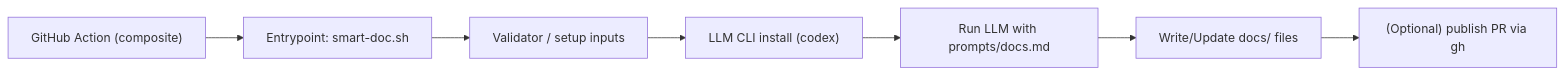
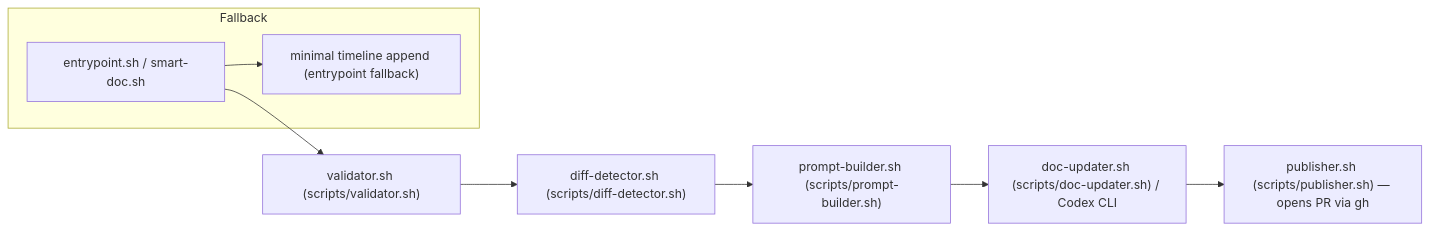
Before and after one commit to galiprandi/smart-doc: the diagram in docs/architecture.md, drawn with Mermaid. The commit also changed other lines of this file and 5 other files, not shown here.

Commit message:
docs: reorganize documentation structure and update pipeline diagrams

````diff
--- a/docs/architecture.md
+++ b/docs/architecture.md
@@ -10,9 +9,11 @@
 ```mermaid
 flowchart LR
-  A["GitHub Action (composite)"] --> B["Entrypoint: smart-doc.sh"]
-  B --> C["Validator / setup inputs"]
-  C --> D["LLM CLI install (codex)"]
-  D --> E["Run LLM with prompts/docs.md"]
-  E --> F["Write/Update docs/ files"]
-  F --> G["(Optional) publish PR via gh"]
+  A["entrypoint.sh / smart-doc.sh"] --> B["validator.sh (scripts/validator.sh)"]
+  B --> C["diff-detector.sh (scripts/diff-detector.sh)"]
+  C --> D["prompt-builder.sh (scripts/prompt-builder.sh)"]
+  D --> E["doc-updater.sh (scripts/doc-updater.sh) / Codex CLI"]
+  E --> F["publisher.sh (scripts/publisher.sh) — opens PR via gh"]
+  subgraph Fallback
+    A --> G["minimal timeline append (entrypoint fallback)"]
+  end
 ```
````
